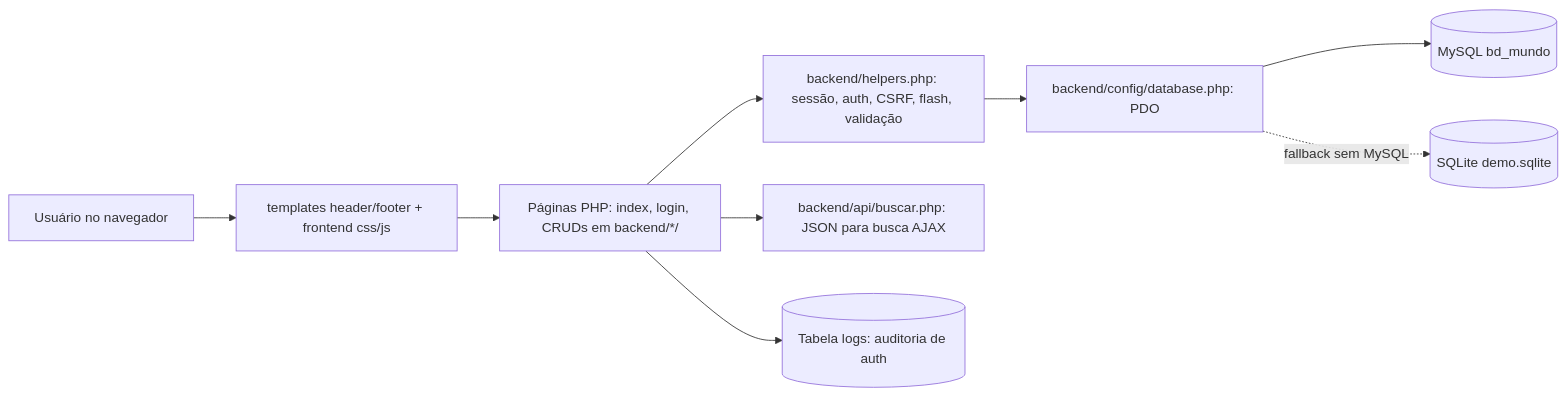
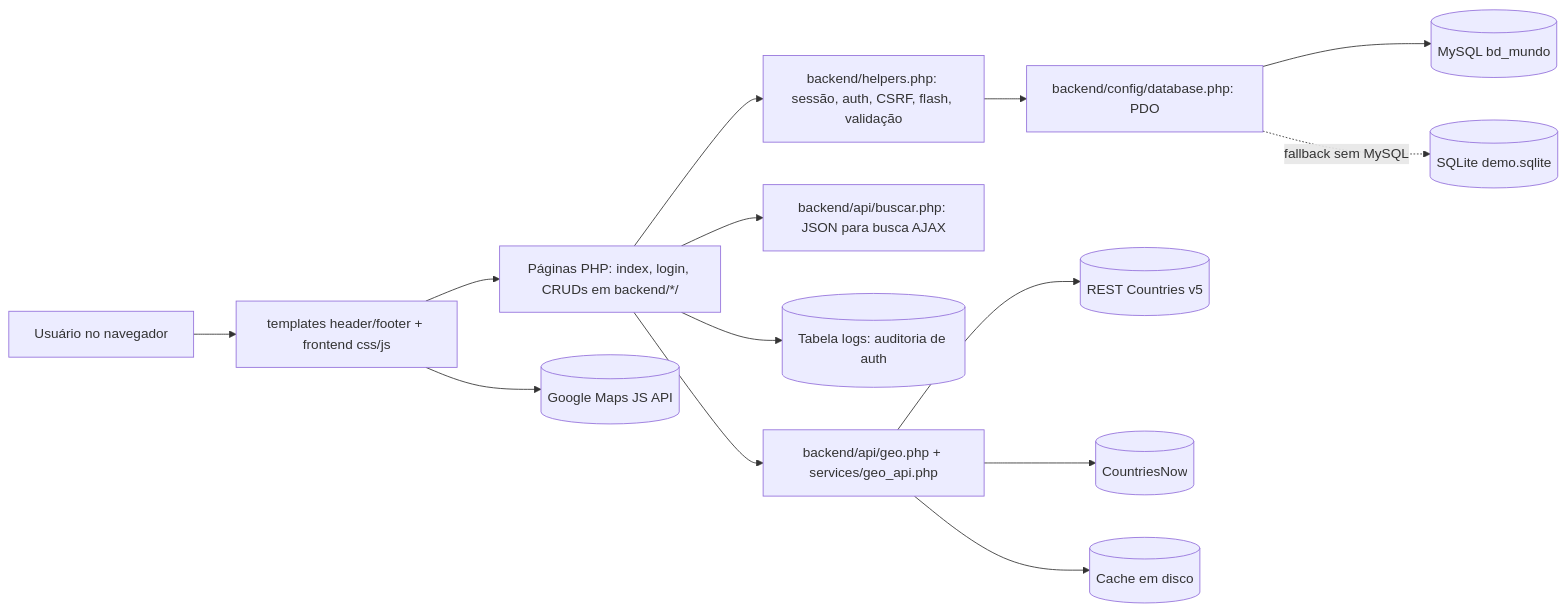
Before and after one commit to Carl-Edwart/Projetos_Web: the diagram in PW-5-CRUD!/README.md, drawn with Mermaid. The commit also changed other lines of this file and 47 other files, not shown here.

````diff
--- a/PW-5-CRUD!/README.md
+++ b/PW-5-CRUD!/README.md
@@ -78,11 +86,16 @@
 ```mermaid
 flowchart LR
     U[Usuário no navegador] --> T[templates header/footer + frontend css/js]
     T --> P[Páginas PHP: index, login, CRUDs em backend/*/]
     P --> H[backend/helpers.php: sessão, auth, CSRF, flash, validação]
     H --> C[backend/config/database.php: PDO]
     C --> M[(MySQL bd_mundo)]
     C -. fallback sem MySQL .-> S[(SQLite demo.sqlite)]
     P --> A[backend/api/buscar.php: JSON para busca AJAX]
     P --> L[(Tabela logs: auditoria de auth)]
+    P --> G[backend/api/geo.php + services/geo_api.php]
+    G --> RC[(REST Countries v5)]
+    G --> CN[(CountriesNow)]
+    G --> CH[(Cache em disco)]
+    T --> GM[(Google Maps JS API)]
 ```
````
